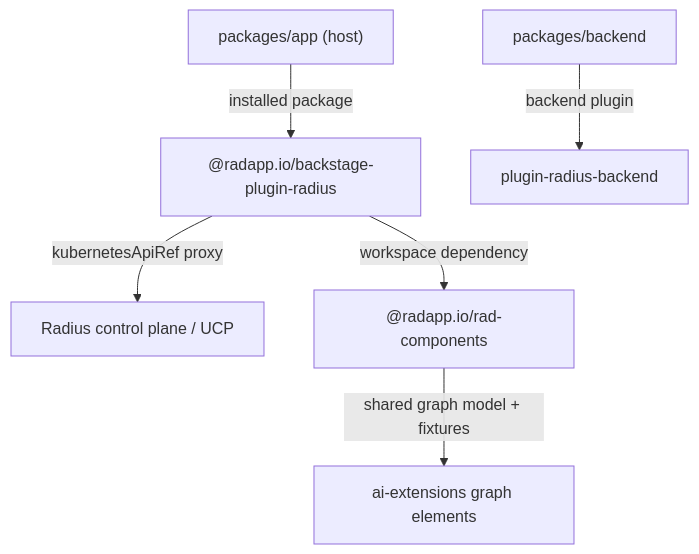
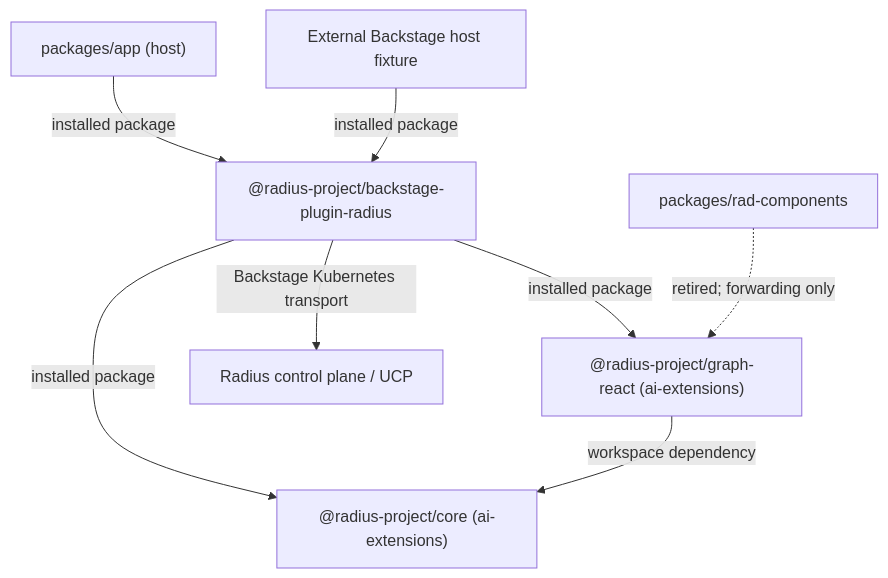
Before and after one commit to radius-project/dashboard: the diagram in docs/design/2026-09-dashboard-plugin-test-plan.md, drawn with Mermaid. The commit also changed other lines of this file and 1 other file, not shown here.

First line of the commit message:
docs: add graph test taxonomy and reconcile test plan with the plugin design

````diff
--- a/docs/design/2026-09-dashboard-plugin-test-plan.md
+++ b/docs/design/2026-09-dashboard-plugin-test-plan.md
@@ -158,8 +184,10 @@
 ```mermaid
 graph TD
-  A["packages/app (host)"] -->|installed package| B["@radapp.io/backstage-plugin-radius"]
-  B -->|kubernetesApiRef proxy| C["Radius control plane / UCP"]
-  B -->|workspace dependency| D["@radapp.io/rad-components"]
-  D -->|shared graph model + fixtures| E["ai-extensions graph elements"]
-  F["packages/backend"] -->|backend plugin| G["plugin-radius-backend"]
+  A["packages/app (host)"] -->|installed package| B["@radius-project/backstage-plugin-radius"]
+  H["External Backstage host fixture"] -->|installed package| B
+  B -->|installed package| C["@radius-project/graph-react (ai-extensions)"]
+  B -->|installed package| D["@radius-project/core (ai-extensions)"]
+  C -->|workspace dependency| D
+  B -->|Backstage Kubernetes transport| E["Radius control plane / UCP"]
+  F["packages/rad-components"] -.->|retired; forwarding only| C
 ```
````
